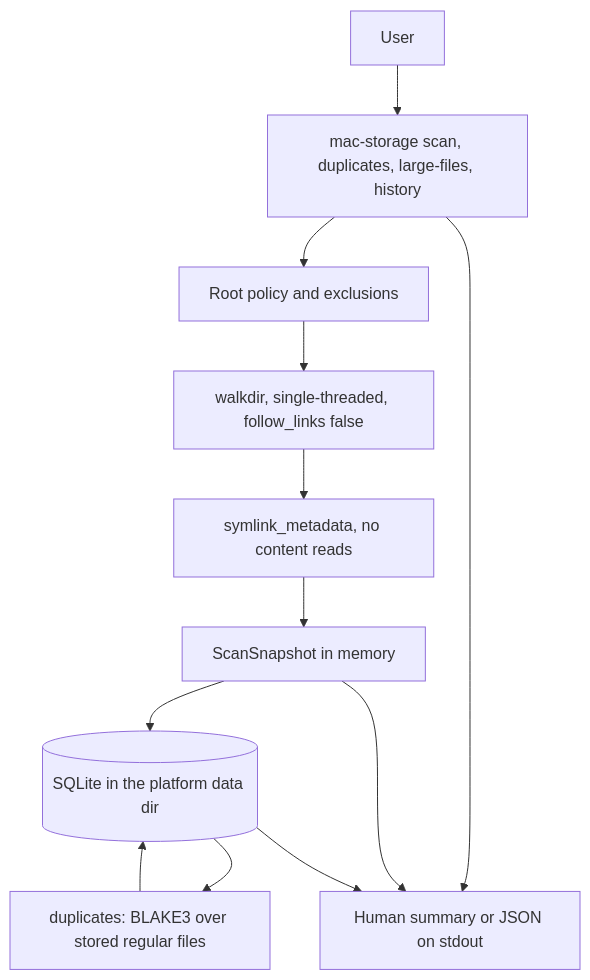
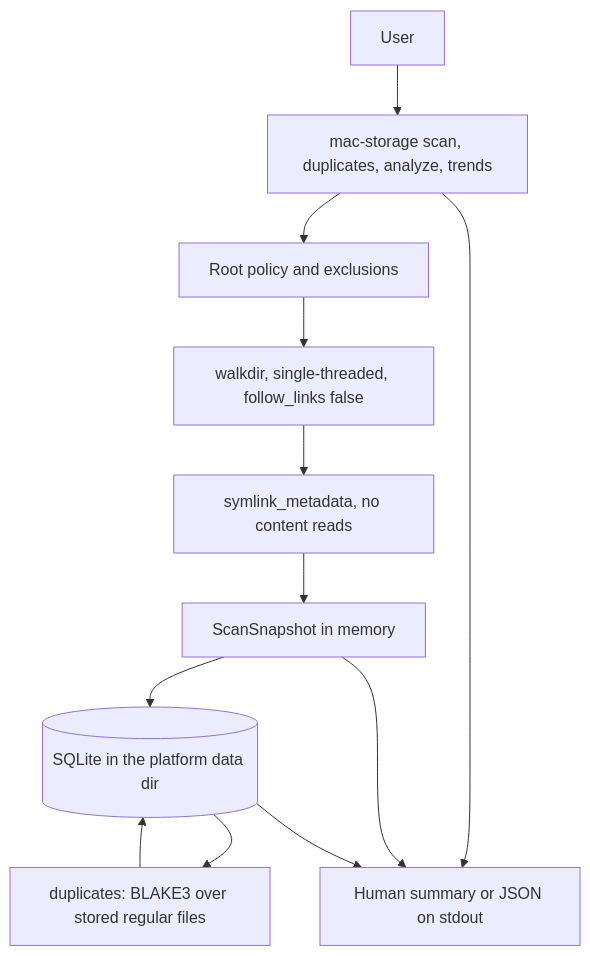
The diagram in docs/architecture.md (ramelapa/mac-storage-advisor), drawn with Mermaid before and after one commit. The commit also changed other lines of this file and 19 other files, not shown here.

````diff
--- a/docs/architecture.md
+++ b/docs/architecture.md
@@ -7,14 +7,14 @@
 ```mermaid
 flowchart TD
-    user[User] --> cli["mac-storage scan, duplicates, large-files, history"]
+    user[User] --> cli["mac-storage scan, duplicates, analyze, trends"]
     cli --> policy[Root policy and exclusions]
     policy --> walk["walkdir, single-threaded, follow_links false"]
     walk --> meta["symlink_metadata, no content reads"]
     meta --> snap[ScanSnapshot in memory]
     snap --> sqlite[(SQLite in the platform data dir)]
     sqlite --> dup["duplicates: BLAKE3 over stored regular files"]
     dup --> sqlite
     cli --> report[Human summary or JSON on stdout]
     snap --> report
     sqlite --> report
 ```
````
